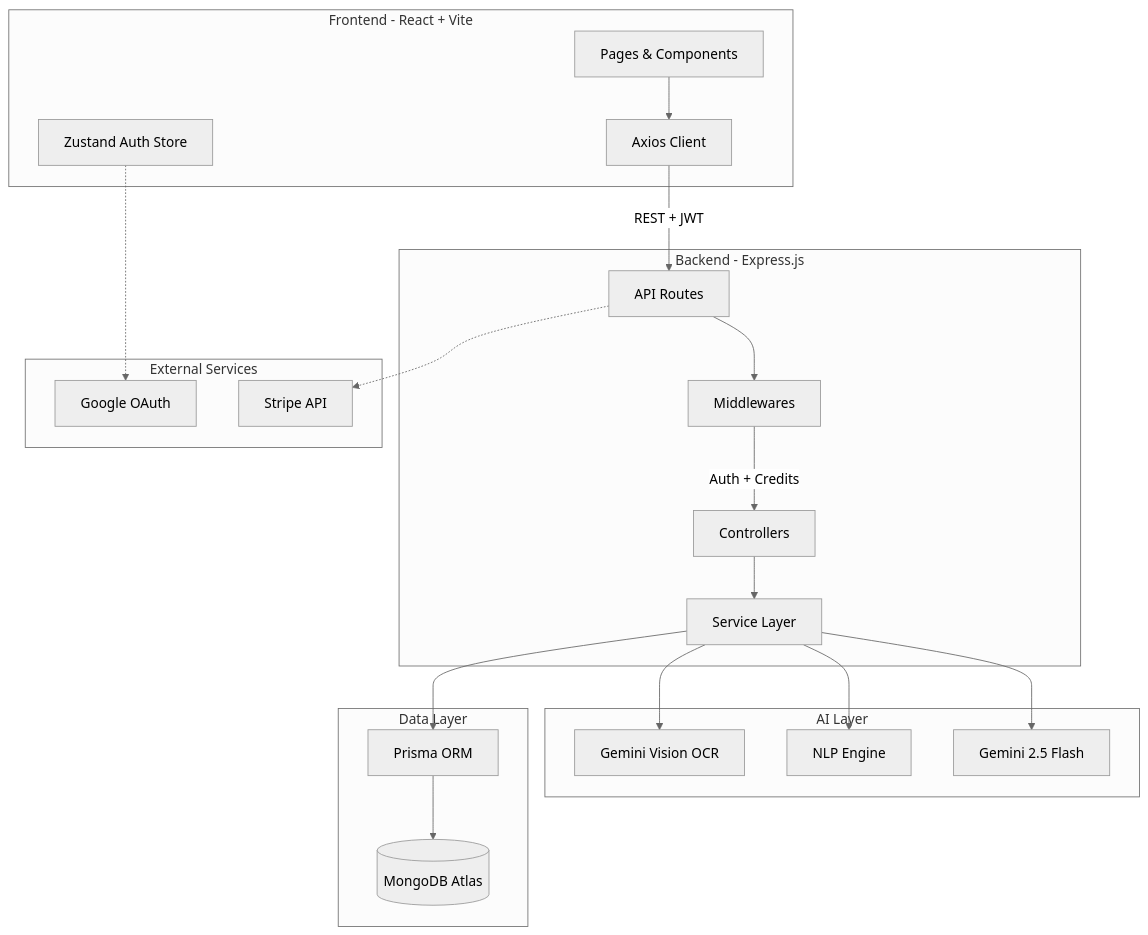
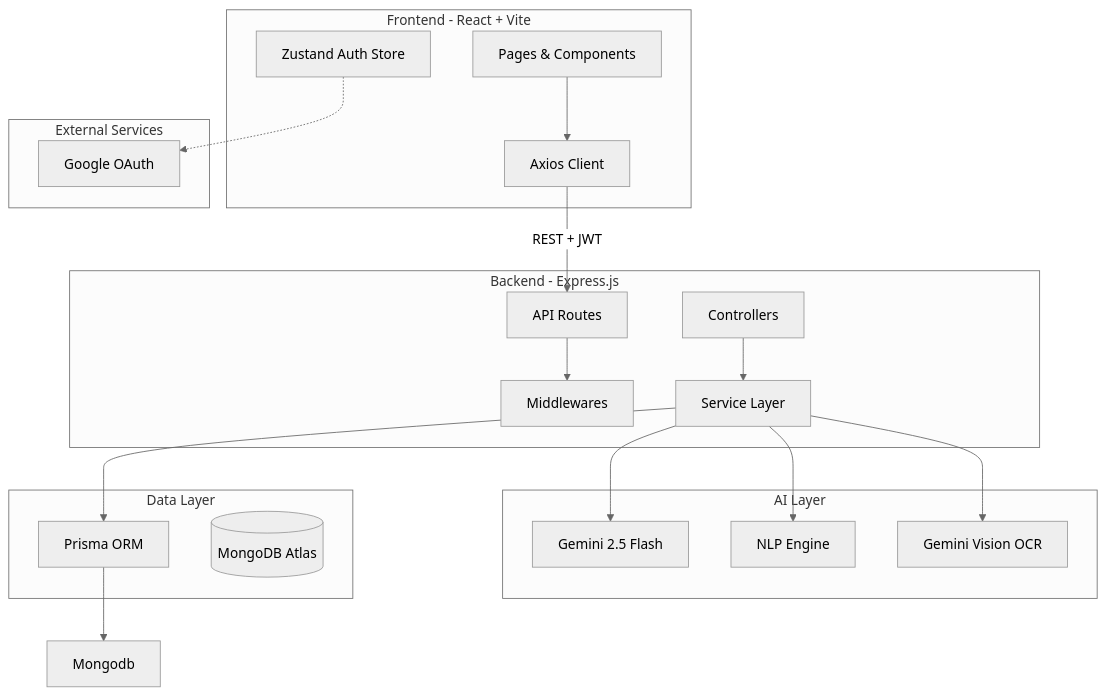
The diagram in README.md (prachi3761/ai-resume-analyzer), drawn with Mermaid (neutral theme) before and after one commit. The commit also changed other lines of this file, not shown here.

````diff
--- a/README.md
+++ b/README.md
@@ -171,44 +165,41 @@
 ```mermaid
 flowchart TB
     subgraph Client["Frontend - React + Vite"]
         UI["Pages & Components"]
         Store["Zustand Auth Store"]
         Axios["Axios Client"]
     end
 
     subgraph Server["Backend - Express.js"]
         Routes["API Routes"]
         MW["Middlewares"]
         Ctrl["Controllers"]
         Svc["Service Layer"]
     end
 
     subgraph AI["AI Layer"]
         Gemini["Gemini 2.5 Flash"]
         NLP["NLP Engine"]
         OCR["Gemini Vision OCR"]
     end
 
     subgraph DB["Data Layer"]
         Prisma["Prisma ORM"]
         Mongo[("MongoDB Atlas")]
     end
 
     subgraph Ext["External Services"]
-        StripeAPI["Stripe API"]
         GoogleAPI["Google OAuth"]
     end
 
     UI --> Axios
     Axios -->|"REST + JWT"| Routes
     Routes --> MW
-    MW -->|"Auth + Credits"| Ctrl
     Ctrl --> Svc
     Svc --> Gemini
     Svc --> NLP
     Svc --> OCR
     Svc --> Prisma
-    Prisma --> Mongo
-    Routes -.-> StripeAPI
+    Prisma --> Mongodb
     Store -.-> GoogleAPI
 ```
````
